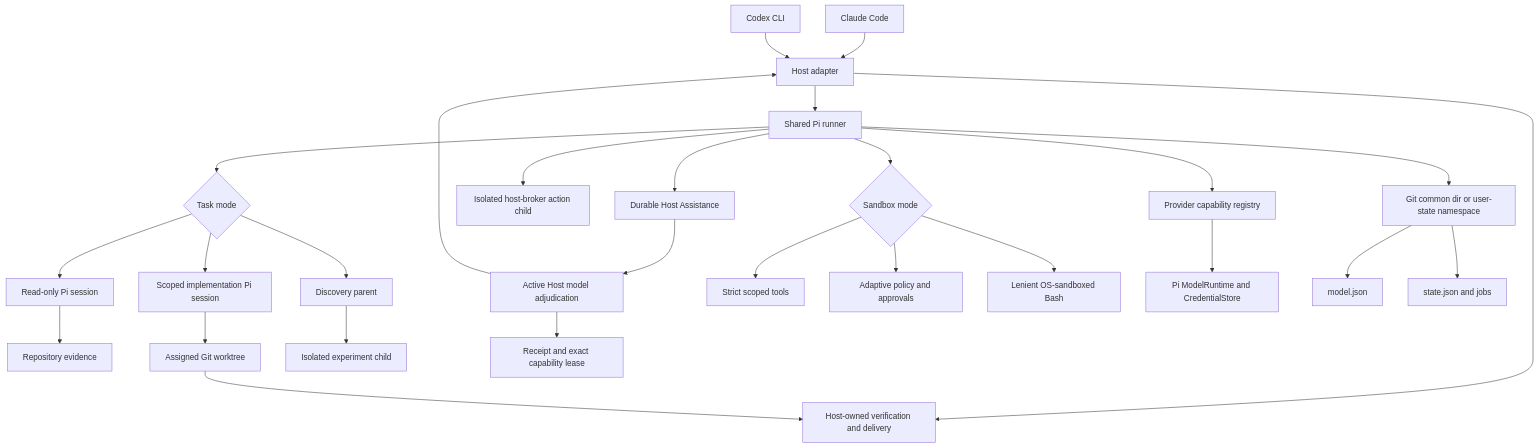
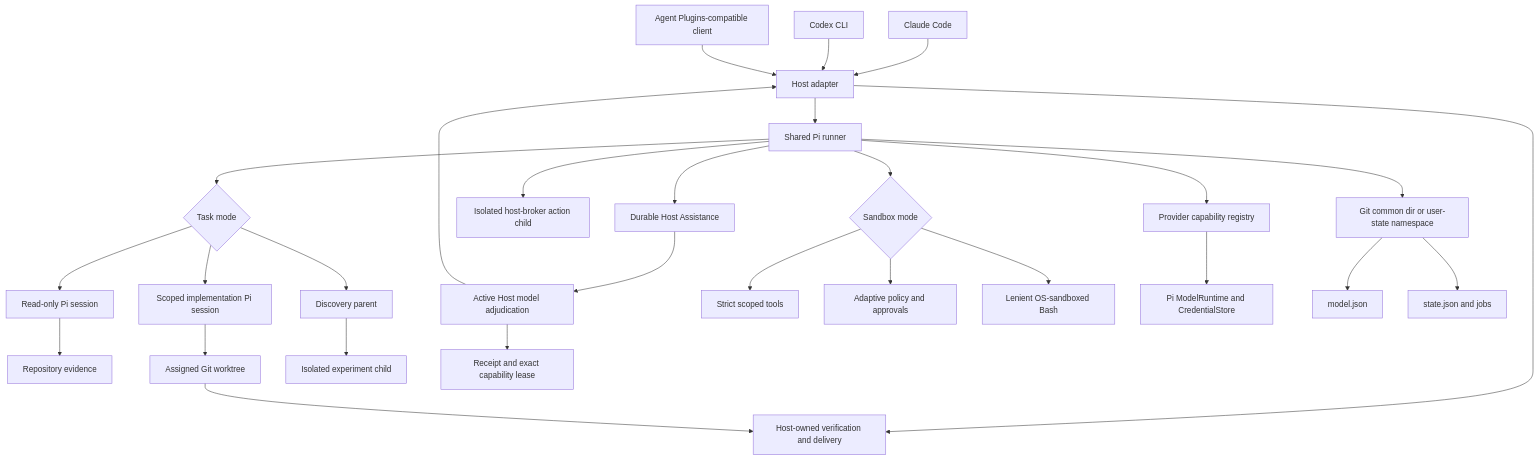
One commit to JiaWeiXie/swarm-pi-code-plugin changed the diagram in docs/architecture.md. Above: the diagram before and after it, drawn with Mermaid. The commit also changed other lines of this file and 37 other files, not shown here.

First line of the commit message:
feat(plugin): support portable Agent Plugins packaging

````diff
--- a/docs/architecture.md
+++ b/docs/architecture.md
@@ -17,29 +17,30 @@
 ```mermaid
 flowchart TB
     CC[Claude Code] --> H[Host adapter]
     X[Codex CLI] --> H
+    AP[Agent Plugins-compatible client] --> H
     H --> R[Shared Pi runner]
     R --> Q{Task mode}
     Q --> O[Read-only Pi session]
     Q --> I[Scoped implementation Pi session]
     Q --> DS[Discovery parent]
     O --> F[Repository evidence]
     I --> W[Assigned Git worktree]
     DS --> EX[Isolated experiment child]
     R --> HA[Durable Host Assistance]
     HA --> HM[Active Host model adjudication]
     HM --> H
     HM --> RC[Receipt and exact capability lease]
     R --> AC[Isolated host-broker action child]
     R --> B{Sandbox mode}
     B --> T[Strict scoped tools]
     B --> A[Adaptive policy and approvals]
     B --> L[Lenient OS-sandboxed Bash]
     R --> D[Git common dir or user-state namespace]
     R --> CR[Provider capability registry]
     CR --> PR[Pi ModelRuntime and CredentialStore]
     D --> MF[model.json]
     D --> S[state.json and jobs]
     H --> V[Host-owned verification and delivery]
     W --> V
 ```
````
